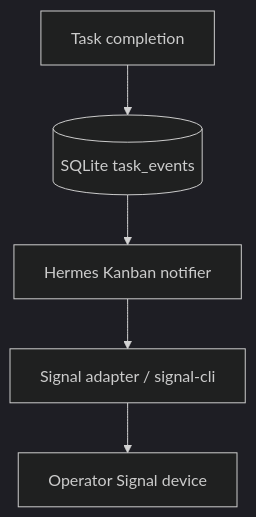
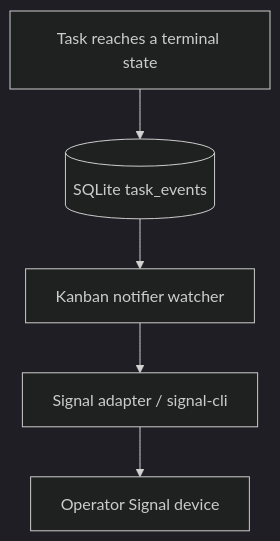
One commit to georgecejr/hermes-agent-security-automation-lab changed the third of 3 diagrams in README.md. Above: the diagram before and after it, drawn with Mermaid (dark theme). The commit also changed other lines of this file and 4 other files, not shown here.

````diff
--- a/README.md
+++ b/README.md
@@ -455,13 +361,13 @@
 ```mermaid
 flowchart TD
-    Completion[Task completion]
+    Completion[Task reaches a terminal state]
     Events[(SQLite task_events)]
-    Notifier[Hermes Kanban notifier]
+    Notifier[Kanban notifier watcher]
     Adapter[Signal adapter / signal-cli]
     Device[Operator Signal device]
 
     Completion --> Events
     Events --> Notifier
     Notifier --> Adapter
     Adapter --> Device
 ```
````
